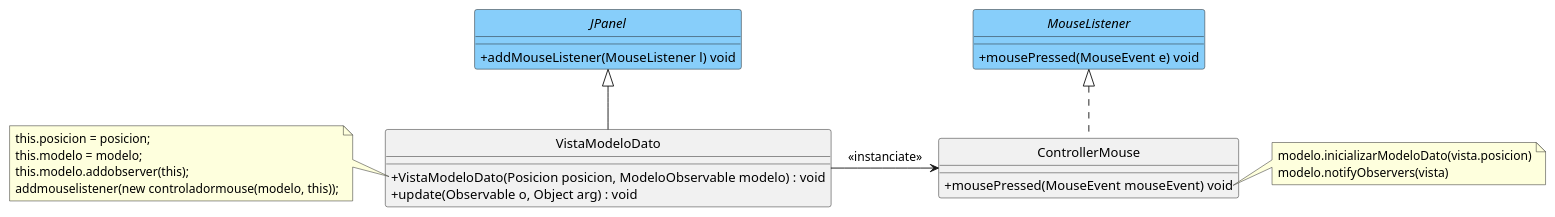
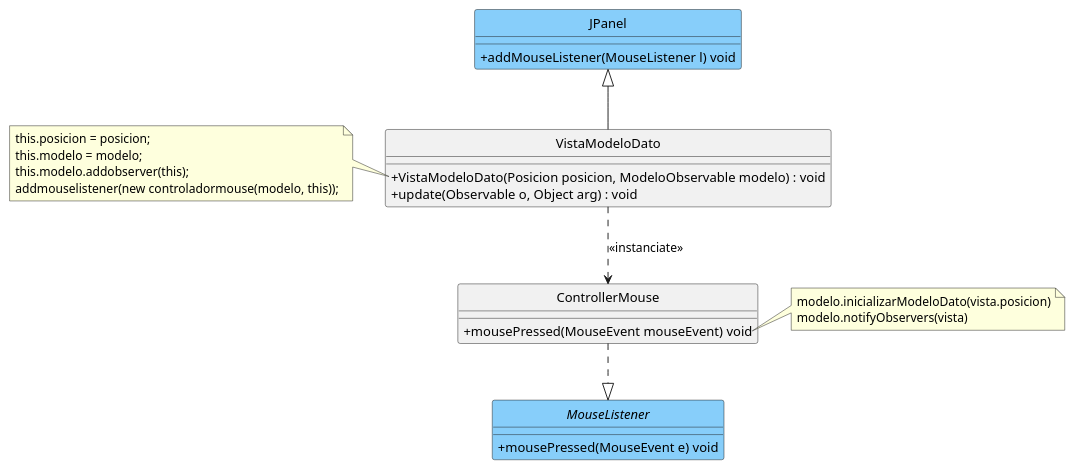
The diagram in diagrams/controller_1.plantuml (fiuba/algo3_ejemplo_mvc_colores), drawn with PlantUML before and after one commit. The commit also changed 21 other files, not shown here.

Commit message:
Actualización de diagramas y presentación.

```diff
--- a/diagrams/controller_1.plantuml
+++ b/diagrams/controller_1.plantuml
@@ -1,42 +1,43 @@
 @startuml
 hide circle
 skinparam classAttributeIconSize 0
 
 class JPanel {
         + addMouseListener(MouseListener l) void
 }
 
 class VistaModeloDato {
         + VistaModeloDato(Posicion posicion, ModeloObservable modelo) : void 
         + update(Observable o, Object arg) : void
         
 }
 
 interface MouseListener {
         + mousePressed(MouseEvent e) void 
 }
 
 class ControllerMouse {
         + mousePressed(MouseEvent mouseEvent) void
 }
 
 JPanel <|-- VistaModeloDato
-MouseListener <|.. ControllerMouse
+ControllerMouse ..|> MouseListener
 
-VistaModeloDato -> ControllerMouse : <<instanciate>>
-interface JPanel #LightSkyBlue
+VistaModeloDato ..> ControllerMouse : <<instanciate>>
+
+class JPanel #LightSkyBlue
 interface MouseListener #LightSkyBlue
 
 note left of VistaModeloDato::VistaModeloDato
 this.posicion = posicion;
 this.modelo = modelo;
 this.modelo.addobserver(this);
 addmouselistener(new controladormouse(modelo, this));
 end note
 
 note right of ControllerMouse::mousePressed
 modelo.inicializarModeloDato(vista.posicion)
 modelo.notifyObservers(vista)
 end note
 
 @enduml
```
